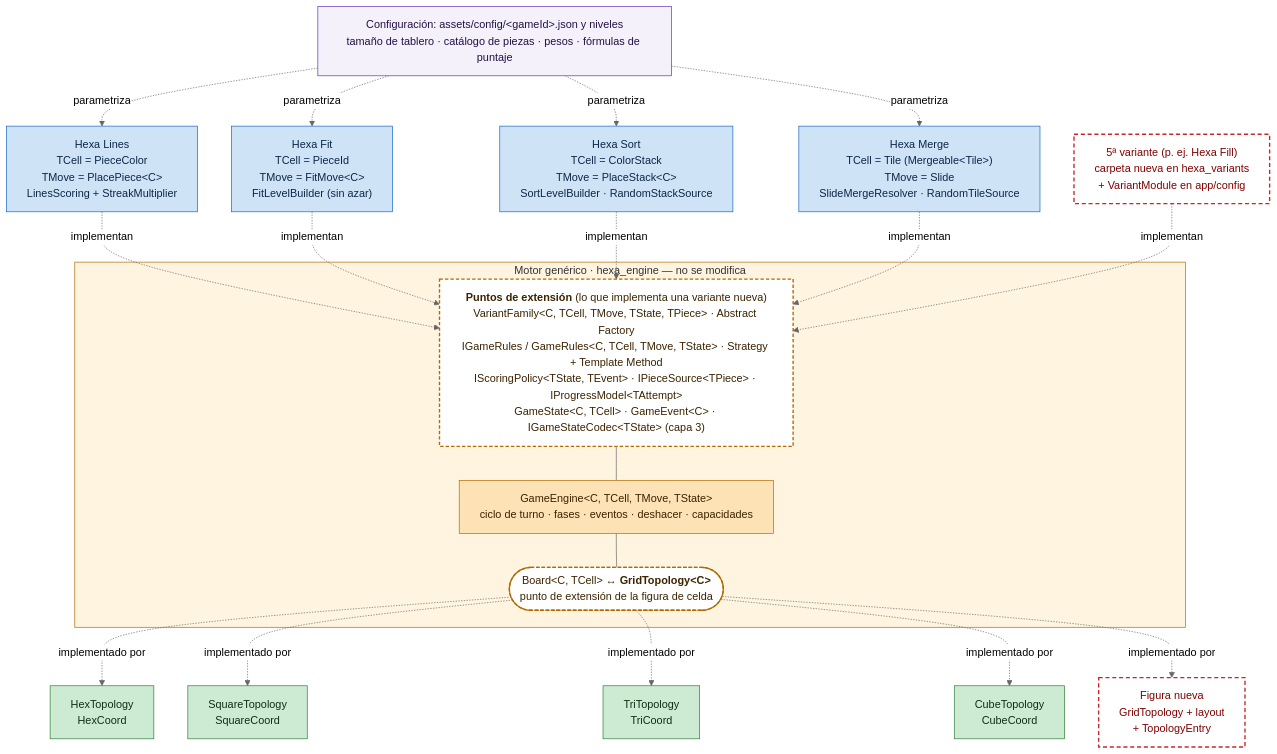
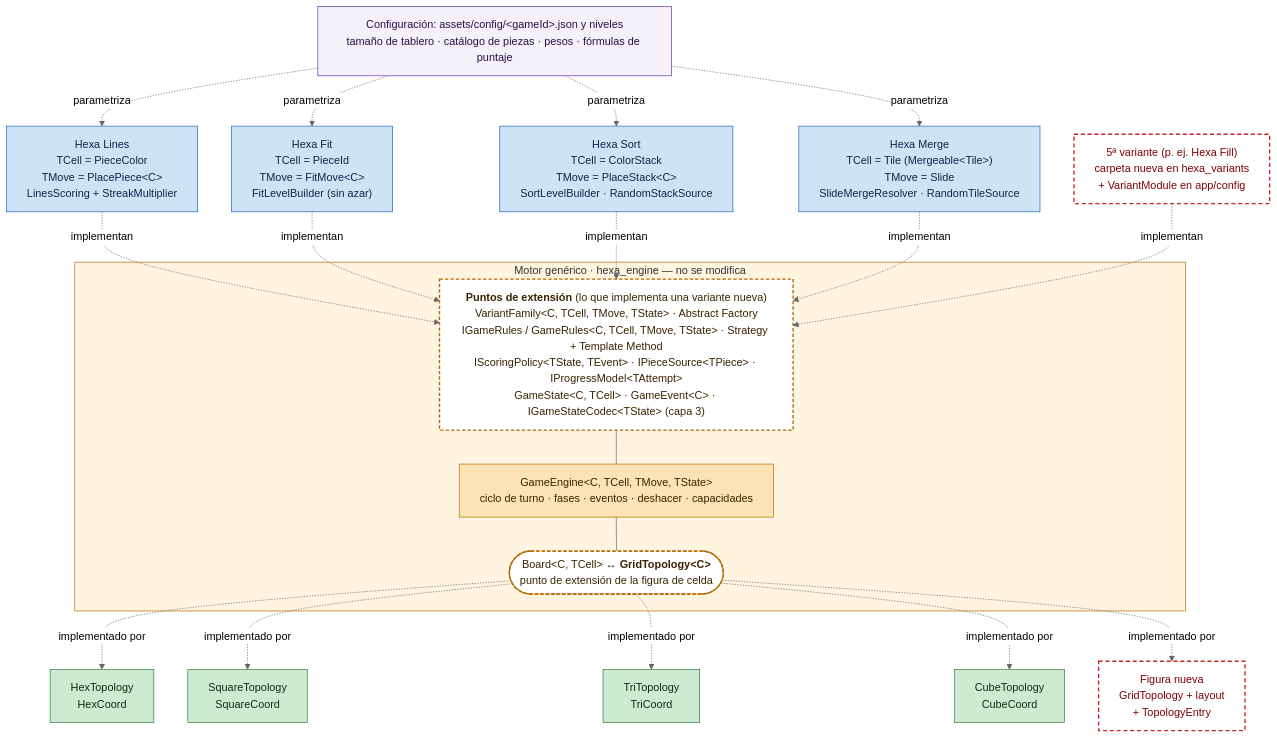
The diagram in docs/diagrams/extensibilidad.mmd (DanielHaro28/hexablock-app), drawn with Mermaid (neutral theme) before and after one commit. The commit also changed 10 other files, not shown here.

```diff
--- a/docs/diagrams/extensibilidad.mmd
+++ b/docs/diagrams/extensibilidad.mmd
@@ -1,41 +1,41 @@
 %% Diagrama de extensibilidad de hexablock-app (enunciado §4.3). Acompaña a docs/EXTENSIBILITY.md. Imagen: extensibilidad.png
 %%{init: {"flowchart": {"wrappingWidth": 460}}}%%
 flowchart TB
     CFG["Configuración: assets/config/&lt;gameId&gt;.json y niveles<br/>tamaño de tablero · catálogo de piezas · pesos · fórmulas de puntaje"]
 
     HL["Hexa Lines<br/>TCell = PieceColor<br/>TMove = PlacePiece&lt;C&gt;<br/>LinesScoring + StreakMultiplier"]
     HF["Hexa Fit<br/>TCell = PieceId<br/>TMove = FitMove&lt;C&gt;<br/>FitLevelBuilder (sin azar)"]
     HS["Hexa Sort<br/>TCell = ColorStack<br/>TMove = PlaceStack&lt;C&gt;<br/>SortLevelBuilder · RandomStackSource"]
     HM["Hexa Merge<br/>TCell = Tile (Mergeable&lt;Tile&gt;)<br/>TMove = Slide<br/>SlideMergeResolver · RandomTileSource"]
     H5["5ª variante (p. ej. Hexa Fill)<br/>carpeta nueva en hexa_variants<br/>+ VariantModule en app/config"]
 
     subgraph CORE["Motor genérico · hexa_engine — no se modifica"]
-        EXT["<b>Puntos de extensión</b> (lo que implementa una variante nueva)<br/>VariantFamily&lt;C, TCell, TMove, TState, TPiece&gt; · Abstract Factory<br/>IGameRules / GameRules&lt;C, TCell, TMove, TState&gt; · Strategy + Template Method<br/>IScoringPolicy&lt;TState, TEvent&gt; · IPieceSource&lt;TPiece&gt; · IProgressModel&lt;TAttempt&gt;<br/>GameState&lt;C, TCell&gt; · GameEvent&lt;C&gt; · IGameStateCodec&lt;TState&gt; (capa 3)"]
+        EXT["<b>Puntos de extensión</b> (lo que implementa una variante nueva)<br/>VariantFamily&lt;C, TCell, TMove, TState&gt; · Abstract Factory<br/>IGameRules / GameRules&lt;C, TCell, TMove, TState&gt; · Strategy + Template Method<br/>IScoringPolicy&lt;TState, TEvent&gt; · IPieceSource&lt;TPiece&gt; · IProgressModel&lt;TAttempt&gt;<br/>GameState&lt;C, TCell&gt; · GameEvent&lt;C&gt; · IGameStateCodec&lt;TState&gt; (capa 3)"]
         ENG["GameEngine&lt;C, TCell, TMove, TState&gt;<br/>ciclo de turno · fases · eventos · deshacer · capacidades"]
         BRD(["Board&lt;C, TCell&gt; ↔ <b>GridTopology&lt;C&gt;</b><br/>punto de extensión de la figura de celda"])
         EXT --- ENG --- BRD
     end
 
     T1["HexTopology<br/>HexCoord"]
     T2["SquareTopology<br/>SquareCoord"]
     T3["TriTopology<br/>TriCoord"]
     T4["CubeTopology<br/>CubeCoord"]
     T5["Figura nueva<br/>GridTopology + layout<br/>+ TopologyEntry"]
 
     CFG -. parametriza .-> HL & HF & HS & HM
     HL & HF & HS & HM & H5 -. implementan .-> EXT
     BRD -. implementado por .-> T1 & T2 & T3 & T4 & T5
 
     classDef core fill:#FDE2B5,stroke:#B26A00,color:#3A2300
     classDef point fill:#FFFFFF,stroke:#B26A00,stroke-width:2px,stroke-dasharray:5 3,color:#3A2300
     classDef variant fill:#CFE3F7,stroke:#1565C0,color:#0B2747
     classDef topo fill:#CDEBD3,stroke:#2E7D32,color:#0F2E13
     classDef future fill:#FFFFFF,stroke:#C62828,stroke-width:2px,stroke-dasharray:6 4,color:#7F0000
     classDef cfg fill:#F4F1FA,stroke:#5E35B1,color:#221144
     class ENG core
     class EXT,BRD point
     class HL,HF,HS,HM variant
     class T1,T2,T3,T4 topo
     class H5,T5 future
     class CFG cfg
     style CORE fill:#FFF4E0,stroke:#B26A00
```
